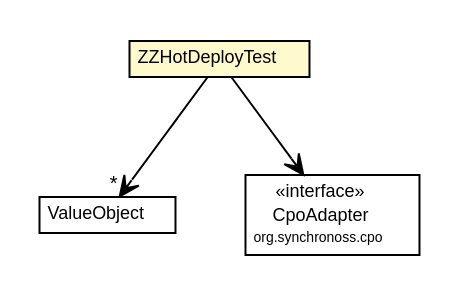
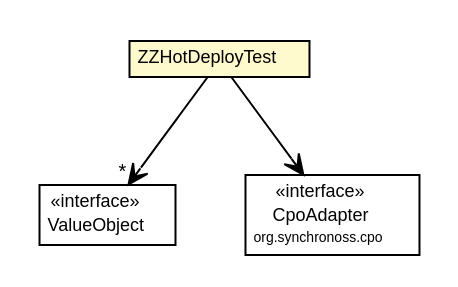
Before and after one commit to synchronoss/cpo-api: the diagram in site/testapidocs/org/synchronoss/cpo/cassandra/ZZHotDeployTest.dot, drawn with Graphviz. The commit also changed 1957 other files, not shown here.

```diff
--- a/site/testapidocs/org/synchronoss/cpo/cassandra/ZZHotDeployTest.dot
+++ b/site/testapidocs/org/synchronoss/cpo/cassandra/ZZHotDeployTest.dot
@@ -1,34 +1,35 @@
 #!/usr/local/bin/dot
 #
 # Class diagram 
 # Generated by UmlGraph version 4.6 (http://www.spinellis.gr/sw/umlgraph)
 #
 
 digraph G {
 	edge [fontname="Helvetica",fontsize=10,labelfontname="Helvetica",labelfontsize=10];
 	node [fontname="Helvetica",fontsize=10,shape=plaintext];
-	// org.synchronoss.cpo.cassandra.ValueObject
-	c3155 [label=<<table border="0" cellborder="1" cellspacing="0" cellpadding="2" port="p" href="./ValueObject.html">
-		<tr><td><table border="0" cellspacing="0" cellpadding="1">
-			<tr><td> ValueObject </td></tr>
-		</table></td></tr>
-		</table>>, fontname="Helvetica", fontcolor="black", fontsize=9.0];
 	// org.synchronoss.cpo.cassandra.ZZHotDeployTest
-	c3159 [label=<<table border="0" cellborder="1" cellspacing="0" cellpadding="2" port="p" bgcolor="lemonChiffon" href="./ZZHotDeployTest.html">
+	c2416 [label=<<table border="0" cellborder="1" cellspacing="0" cellpadding="2" port="p" bgcolor="lemonChiffon" href="./ZZHotDeployTest.html">
 		<tr><td><table border="0" cellspacing="0" cellpadding="1">
 			<tr><td> ZZHotDeployTest </td></tr>
 		</table></td></tr>
 		</table>>, fontname="Helvetica", fontcolor="black", fontsize=9.0];
+	// org.synchronoss.cpo.cassandra.ValueObject
+	c2420 [label=<<table border="0" cellborder="1" cellspacing="0" cellpadding="2" port="p" href="./ValueObject.html">
+		<tr><td><table border="0" cellspacing="0" cellpadding="1">
+			<tr><td> &laquo;interface&raquo; </td></tr>
+			<tr><td> ValueObject </td></tr>
+		</table></td></tr>
+		</table>>, fontname="Helvetica", fontcolor="black", fontsize=9.0];
 	// org.synchronoss.cpo.cassandra.ZZHotDeployTest NAVASSOC org.synchronoss.cpo.CpoAdapter
-	c3159:p -> c3160:p [taillabel="", label="", headlabel="", fontname="Helvetica", fontcolor="black", fontsize=10.0, color="black", arrowhead=open];
+	c2416:p -> c2436:p [taillabel="", label="", headlabel="", fontname="Helvetica", fontcolor="black", fontsize=10.0, color="black", arrowhead=open];
 	// org.synchronoss.cpo.cassandra.ZZHotDeployTest NAVASSOC org.synchronoss.cpo.cassandra.ValueObject
-	c3159:p -> c3155:p [taillabel="", label="", headlabel="*", fontname="Helvetica", fontcolor="black", fontsize=10.0, color="black", arrowhead=open];
+	c2416:p -> c2420:p [taillabel="", label="", headlabel="*", fontname="Helvetica", fontcolor="black", fontsize=10.0, color="black", arrowhead=open];
 	// org.synchronoss.cpo.CpoAdapter
-	c3160 [label=<<table border="0" cellborder="1" cellspacing="0" cellpadding="2" port="p" href="http://java.sun.com/j2se/1.4.2/docs/api/org/synchronoss/cpo/CpoAdapter.html">
+	c2436 [label=<<table border="0" cellborder="1" cellspacing="0" cellpadding="2" port="p" href="http://java.sun.com/j2se/1.4.2/docs/api/org/synchronoss/cpo/CpoAdapter.html">
 		<tr><td><table border="0" cellspacing="0" cellpadding="1">
 			<tr><td> &laquo;interface&raquo; </td></tr>
 			<tr><td> CpoAdapter </td></tr>
 			<tr><td><font point-size="7.0"> org.synchronoss.cpo </font></td></tr>
 		</table></td></tr>
 		</table>>, fontname="Helvetica", fontcolor="black", fontsize=9.0];
 }
```
